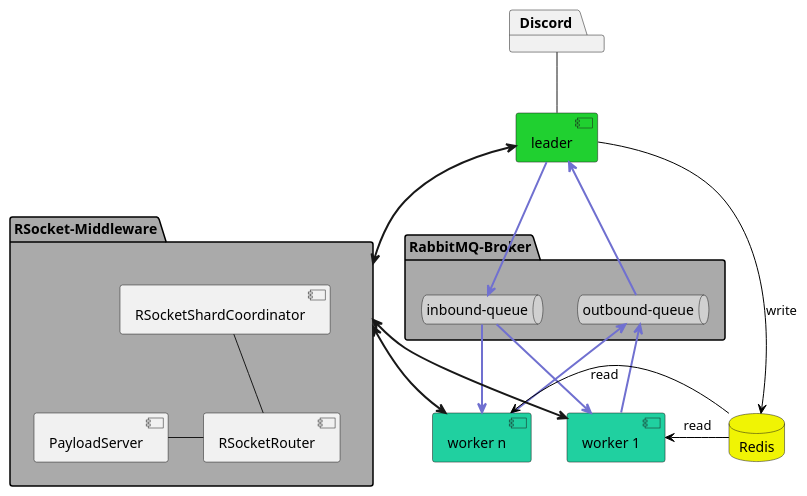
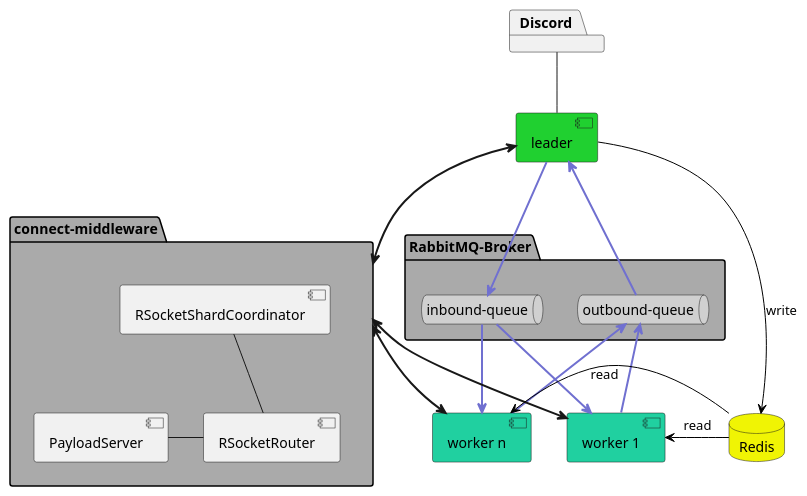
One commit to theyellow/cr-discord-bot changed the diagram in overview.puml. Above: the diagram before and after it, drawn with PlantUML. The commit also changed 23 other files, not shown here.

Commit message:
Change name rsocket-middleware to connect-middleware and updating kubernetes readme and image.

```diff
--- a/overview.puml
+++ b/overview.puml
@@ -1,40 +1,40 @@
 @startuml
 
 database Redis #f0f404
 
 package "RabbitMQ-Broker" #aaaaaa {
     queue "outbound-queue" as MQ_out #d0d0d0
 
     queue "inbound-queue" as MQ_in #d0d0d0
 '    [RabbitMQBroker] -> MQ_in
 }
 
-package "RSocket-Middleware" as rsocket_middleware #aaaaaa {
+package "connect-middleware" as connect_middleware #aaaaaa {
 '    [RSocketRouter] --- [RabbitMQBroker]
 '    [RabbitMQBroker] -- [RSocketRouter]
     [PayloadServer] - [RSocketRouter]
     [RSocketShardCoordinator] -- [RSocketRouter]
 }
 [leader] #20d030
-[leader] <=> rsocket_middleware
+[leader] <=> connect_middleware
 [leader] ==> MQ_in #7070d0
 [leader] <== MQ_out #7070d0
 [leader] -right-> [Redis] #000000 :write
 
 [Discord] #ffffff
 package "Discord" {
     [Discord] -down- [leader]
 }
 
 [worker 1] #20d0a0
 [worker n] #20d0a0
 
 MQ_in ==> [worker 1] #7070d0
 MQ_in ==> [worker n] #7070d0
 MQ_out <== [worker 1] #7070d0
 MQ_out <== [worker n] #7070d0
-[worker 1] <=up=> rsocket_middleware
-[worker n] <=up=> rsocket_middleware
+[worker 1] <=up=> connect_middleware
+[worker n] <=up=> connect_middleware
 [worker 1] <- [Redis] #000000 : read
 [worker n] <- [Redis] #000000 : read
 @enduml
```
